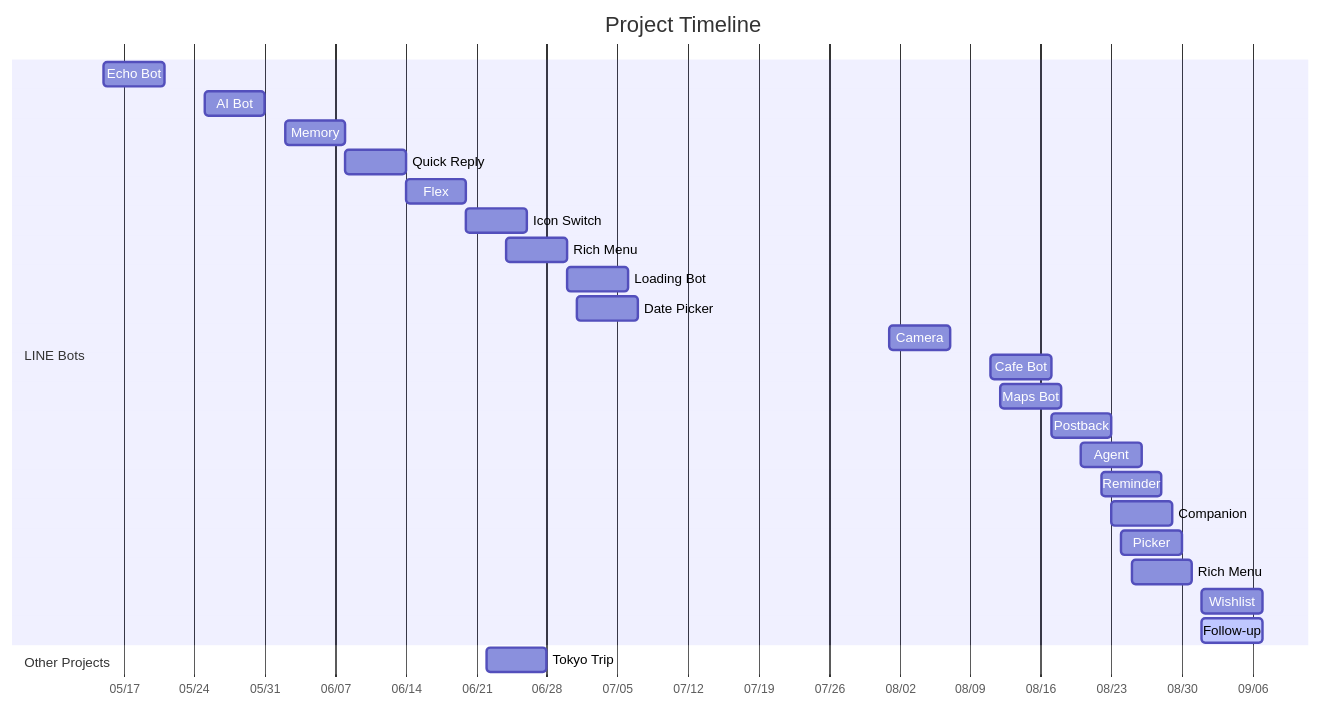
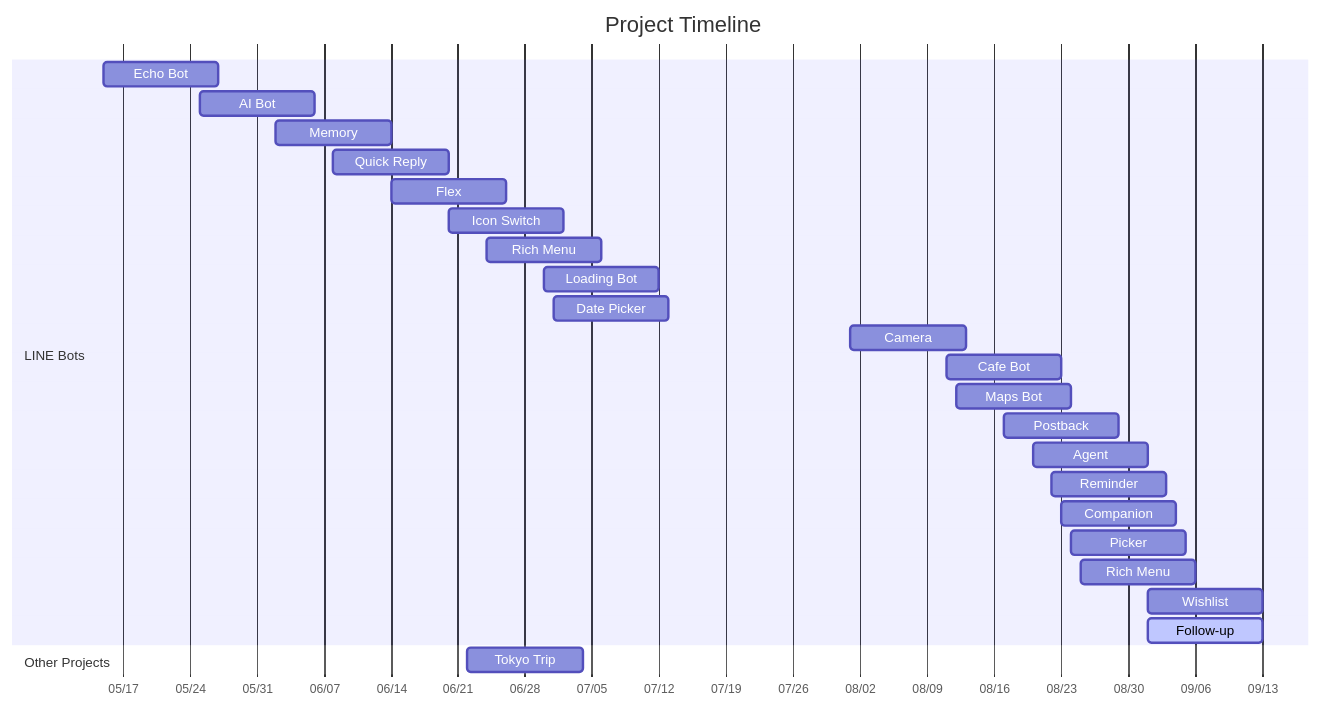
The diagram in README.md (zonawang/zona-ai-learning-lab), drawn with Mermaid before and after one commit.

Commit message:
docs: widen timeline bars for labels

````diff
--- a/README.md
+++ b/README.md
@@ -16,31 +16,31 @@
 ```mermaid
 gantt
     title Project Timeline
     dateFormat YYYY-MM-DD
     axisFormat %m/%d
 
     section LINE Bots
-    Echo Bot      :p1, 2026-05-15, 6d
-    AI Bot        :p2, 2026-05-25, 6d
-    Memory        :p3, 2026-06-02, 6d
-    Quick Reply   :p4, 2026-06-08, 6d
-    Flex          :p5, 2026-06-14, 6d
-    Icon Switch   :p6, 2026-06-20, 6d
-    Rich Menu     :p8, 2026-06-24, 6d
-    Loading Bot   :p9, 2026-06-30, 6d
-    Date Picker   :p10, 2026-07-01, 6d
-    Camera        :p11, 2026-08-01, 6d
-    Cafe Bot      :p12, 2026-08-11, 6d
-    Maps Bot      :p13, 2026-08-12, 6d
-    Postback      :p14, 2026-08-17, 6d
-    Agent         :p15, 2026-08-20, 6d
-    Reminder      :p16, 2026-08-22, 6d
-    Companion     :p17, 2026-08-23, 6d
-    Picker        :p18, 2026-08-24, 6d
-    Rich Menu     :p19, 2026-08-25, 6d
-    Wishlist      :p20, 2026-09-01, 6d
-    Follow-up     :active, p21, 2026-09-01, 6d
+    Echo Bot      :p1, 2026-05-15, 12d
+    AI Bot        :p2, 2026-05-25, 12d
+    Memory        :p3, 2026-06-02, 12d
+    Quick Reply   :p4, 2026-06-08, 12d
+    Flex          :p5, 2026-06-14, 12d
+    Icon Switch   :p6, 2026-06-20, 12d
+    Rich Menu     :p8, 2026-06-24, 12d
+    Loading Bot   :p9, 2026-06-30, 12d
+    Date Picker   :p10, 2026-07-01, 12d
+    Camera        :p11, 2026-08-01, 12d
+    Cafe Bot      :p12, 2026-08-11, 12d
+    Maps Bot      :p13, 2026-08-12, 12d
+    Postback      :p14, 2026-08-17, 12d
+    Agent         :p15, 2026-08-20, 12d
+    Reminder      :p16, 2026-08-22, 12d
+    Companion     :p17, 2026-08-23, 12d
+    Picker        :p18, 2026-08-24, 12d
+    Rich Menu     :p19, 2026-08-25, 12d
+    Wishlist      :p20, 2026-09-01, 12d
+    Follow-up     :active, p21, 2026-09-01, 12d
 
     section Other Projects
-    Tokyo Trip    :p7, 2026-06-22, 6d
+    Tokyo Trip    :p7, 2026-06-22, 12d
 ```
````
